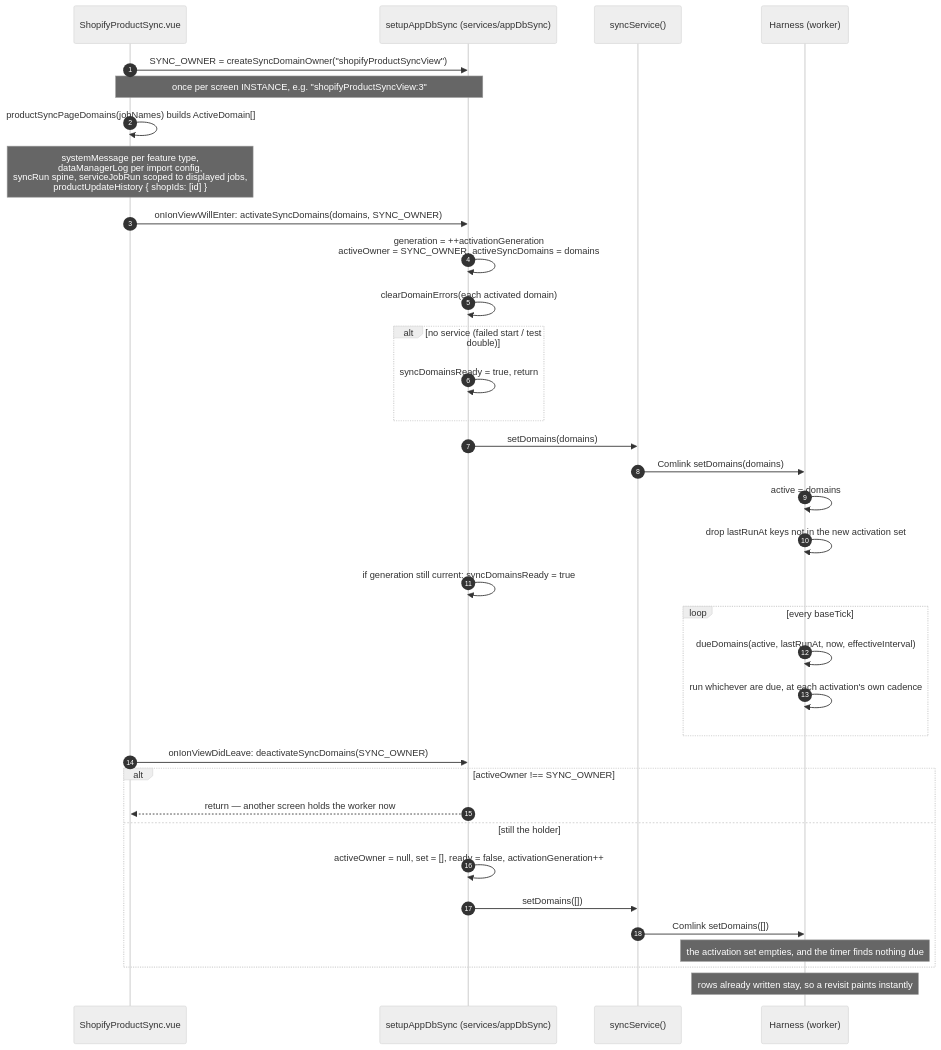
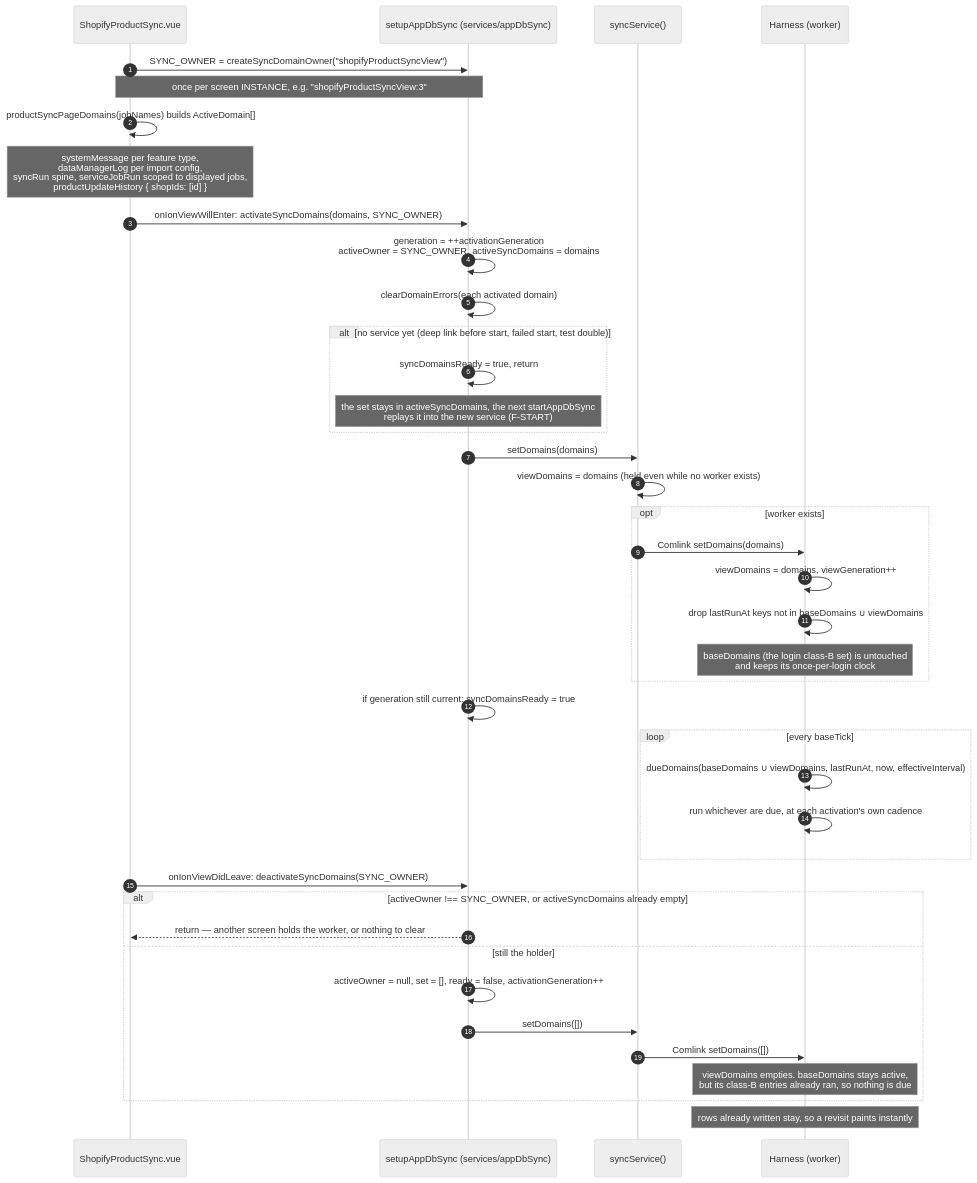
Before and after one commit to hotwax/accxui: diagram 24 of 31 in docs/APP_DB_SYNC_FLOWS.md, drawn with Mermaid (neutral theme). The commit also changed other lines of this file and 2 other files, not shown here.

Commit message:
Updated: App database docs for the query, sync activation, seed data and refetch changes made since they were last revised.

````diff
--- a/docs/APP_DB_SYNC_FLOWS.md
+++ b/docs/APP_DB_SYNC_FLOWS.md
@@ -701,38 +865,43 @@
 ```mermaid
 sequenceDiagram
     autonumber
     participant Vw as ShopifyProductSync.vue
     participant S as setupAppDbSync (services/appDbSync)
     participant SS as syncService()
     participant H as Harness (worker)
 
     Vw->>S: SYNC_OWNER = createSyncDomainOwner("shopifyProductSyncView")
     Note over Vw,S: once per screen INSTANCE, e.g. "shopifyProductSyncView:3"
     Vw->>Vw: productSyncPageDomains(jobNames) builds ActiveDomain[]
     Note over Vw: systemMessage per feature type,<br/>dataManagerLog per import config,<br/>syncRun spine, serviceJobRun scoped to displayed jobs,<br/>productUpdateHistory { shopIds: [id] }
     Vw->>S: onIonViewWillEnter: activateSyncDomains(domains, SYNC_OWNER)
     S->>S: generation = ++activationGeneration<br/>activeOwner = SYNC_OWNER, activeSyncDomains = domains
     S->>S: clearDomainErrors(each activated domain)
-    alt no service (failed start / test double)
+    alt no service yet (deep link before start, failed start, test double)
         S->>S: syncDomainsReady = true, return
+        Note over S: the set stays in activeSyncDomains, the next startAppDbSync<br/>replays it into the new service (F-START)
     end
     S->>SS: setDomains(domains)
-    SS->>H: Comlink setDomains(domains)
-    H->>H: active = domains
-    H->>H: drop lastRunAt keys not in the new activation set
+    SS->>SS: viewDomains = domains (held even while no worker exists)
+    opt worker exists
+        SS->>H: Comlink setDomains(domains)
+        H->>H: viewDomains = domains, viewGeneration++
+        H->>H: drop lastRunAt keys not in baseDomains ∪ viewDomains
+        Note over H: baseDomains (the login class-B set) is untouched<br/>and keeps its once-per-login clock
+    end
     S->>S: if generation still current: syncDomainsReady = true
     loop every baseTick
-        H->>H: dueDomains(active, lastRunAt, now, effectiveInterval)
+        H->>H: dueDomains(baseDomains ∪ viewDomains, lastRunAt, now, effectiveInterval)
         H->>H: run whichever are due, at each activation's own cadence
     end
     Vw->>S: onIonViewDidLeave: deactivateSyncDomains(SYNC_OWNER)
-    alt activeOwner !== SYNC_OWNER
-        S-->>Vw: return — another screen holds the worker now
+    alt activeOwner !== SYNC_OWNER, or activeSyncDomains already empty
+        S-->>Vw: return — another screen holds the worker, or nothing to clear
     else still the holder
         S->>S: activeOwner = null, set = [], ready = false, activationGeneration++
         S->>SS: setDomains([])
         SS->>H: Comlink setDomains([])
-        Note over H: the activation set empties, and the timer finds nothing due
+        Note over H: viewDomains empties. baseDomains stays active,<br/>but its class-B entries already ran, so nothing is due
     end
     Note over H: rows already written stay, so a revisit paints instantly
 ```
````
